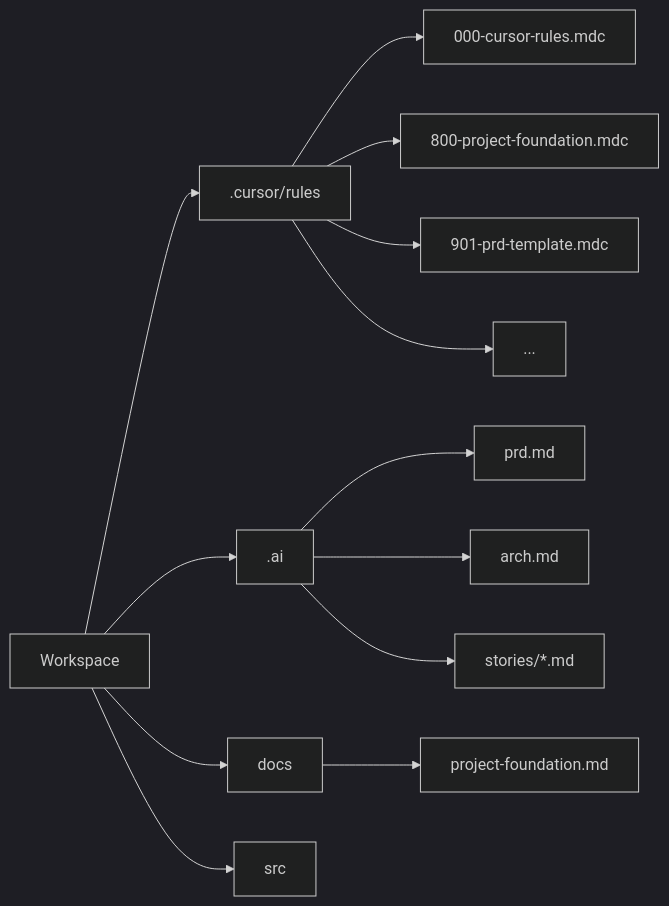
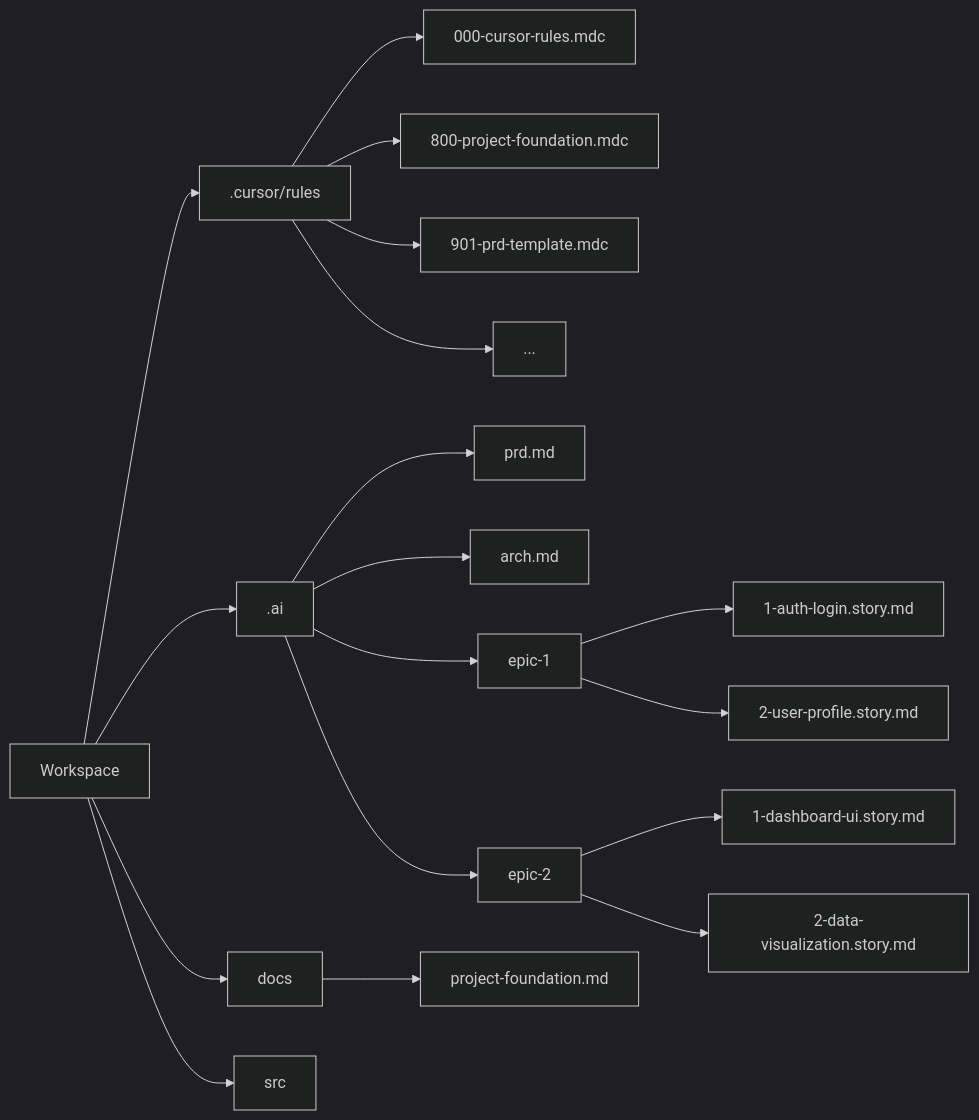
Before and after one commit to giak/cursor-auto-rules-agile-workflow: the fourth of 5 diagrams in docs/GUIDE.md, drawn with Mermaid (dark theme). The commit also changed other lines of this file and 21 other files, not shown here.

````diff
--- a/docs/GUIDE.md
+++ b/docs/GUIDE.md
@@ -101,18 +101,25 @@
 ```mermaid
 graph LR
     A[Workspace] --> B[.cursor/rules]
     A --> C[.ai]
     A --> D[docs]
     A --> E[src]
 
     B --> B1[000-cursor-rules.mdc]
     B --> B1_5[800-project-foundation.mdc]
     B --> B2[901-prd-template.mdc]
     B --> B3[...]
 
     C --> C1[prd.md]
     C --> C2[arch.md]
-    C --> C3[stories/*.md]
+    C --> C3[epic-1]
+    C --> C4[epic-2]
+
+    C3 --> C3_1[1-auth-login.story.md]
+    C3 --> C3_2[2-user-profile.story.md]
+
+    C4 --> C4_1[1-dashboard-ui.story.md]
+    C4 --> C4_2[2-data-visualization.story.md]
 
     D --> D1[project-foundation.md]
 ```
````
